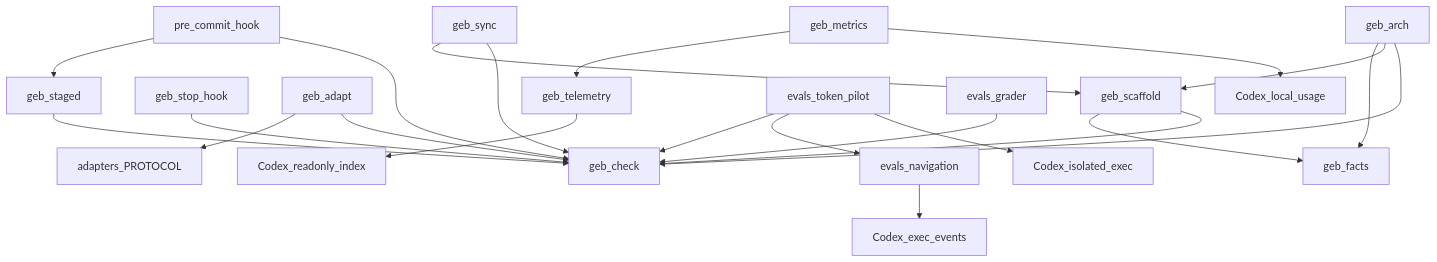
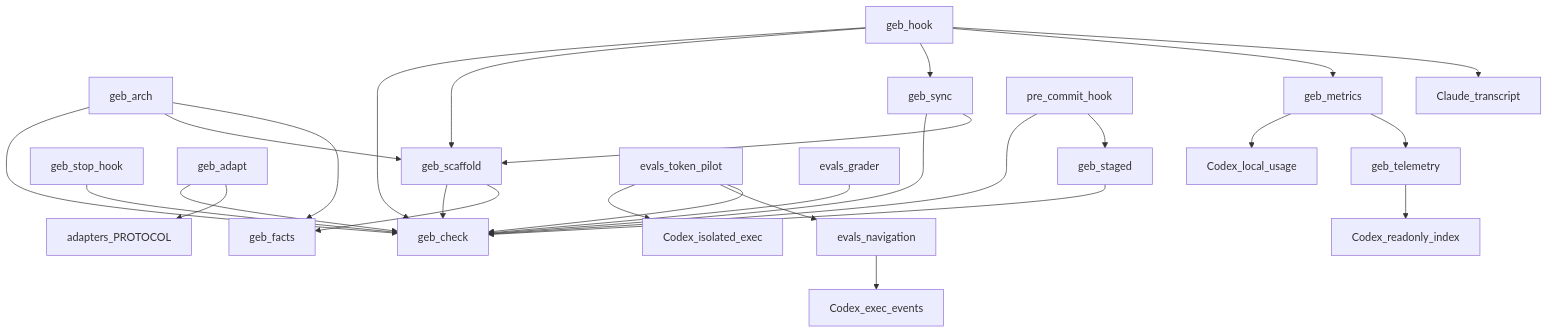
The diagram in PROJECT_INDEX.md (AaronXinzhian/fugue-docs), drawn with Mermaid before and after one commit. The commit also changed other lines of this file and 14 other files, not shown here.

````diff
--- a/PROJECT_INDEX.md
+++ b/PROJECT_INDEX.md
@@ -24,24 +25,29 @@
 ```mermaid
 graph TD
     geb_scaffold --> geb_check
     geb_arch --> geb_check
     geb_arch --> geb_scaffold
     geb_arch --> geb_facts
     geb_scaffold --> geb_facts
     geb_sync --> geb_check
     geb_sync --> geb_scaffold
     geb_stop_hook --> geb_check
+    geb_hook --> geb_check
+    geb_hook --> geb_scaffold
+    geb_hook --> geb_sync
+    geb_hook --> geb_metrics
+    geb_hook --> Claude_transcript
     geb_adapt --> geb_check
     geb_adapt --> adapters_PROTOCOL
     pre_commit_hook --> geb_check
     pre_commit_hook --> geb_staged
     geb_staged --> geb_check
     geb_metrics --> Codex_local_usage
     geb_metrics --> geb_telemetry
     geb_telemetry --> Codex_readonly_index
     evals_token_pilot --> Codex_isolated_exec
     evals_token_pilot --> evals_navigation
     evals_token_pilot --> geb_check
     evals_navigation --> Codex_exec_events
     evals_grader --> geb_check
 ```
````
